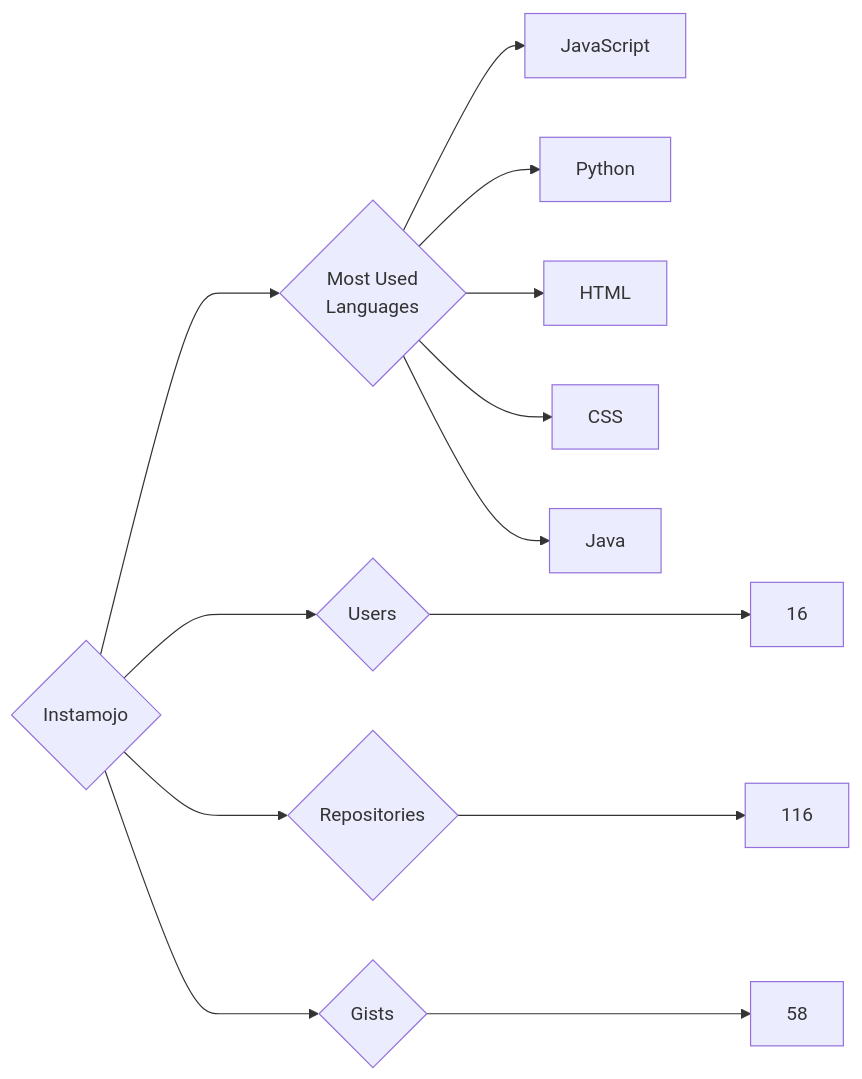
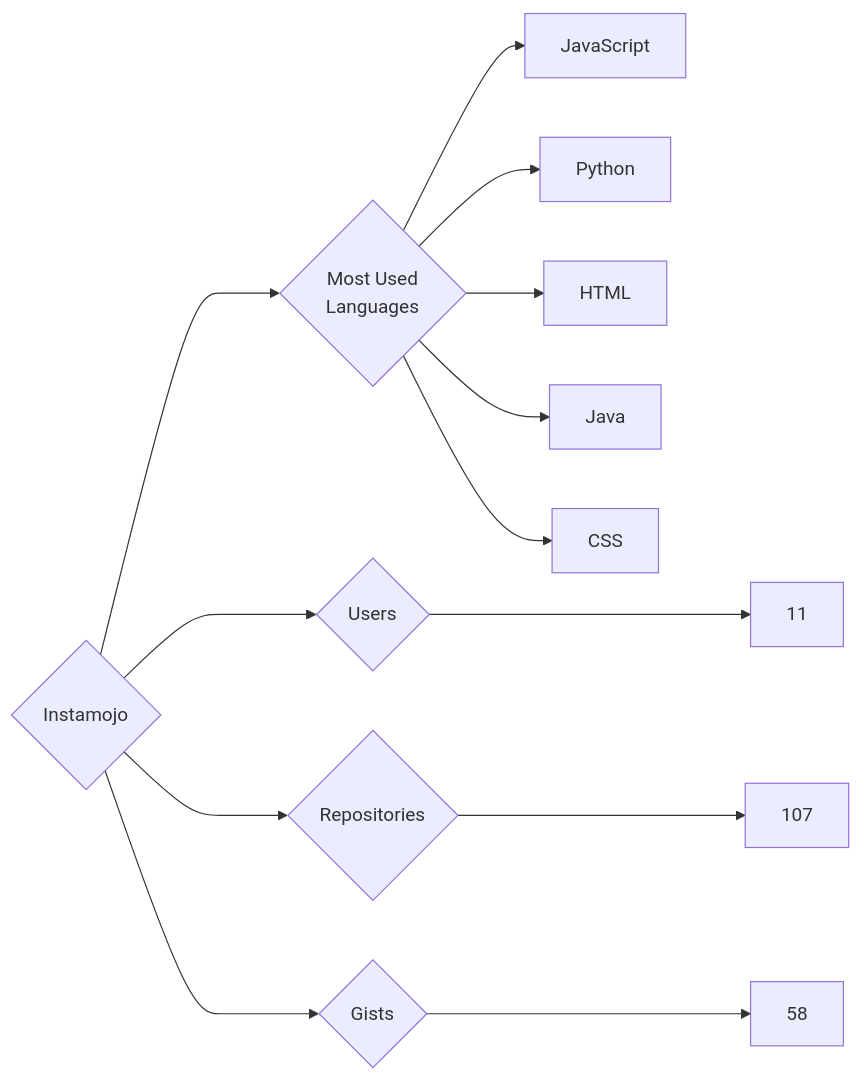
One commit to trickest/insiders changed the diagram in targets/Instamojo/README.md. Above: the diagram before and after it, drawn with Mermaid. The commit also changed 715 other files, not shown here.

````diff
--- a/targets/Instamojo/README.md
+++ b/targets/Instamojo/README.md
@@ -3,13 +3,13 @@
 ```mermaid
 graph LR
 COMPANY_NAME{Instamojo}
-COMPANY_NAME ---> U{Users} ---> UN[16]
-COMPANY_NAME ---> R{Repositories} ---> RN[116]
+COMPANY_NAME ---> U{Users} ---> UN[11]
+COMPANY_NAME ---> R{Repositories} ---> RN[107]
 COMPANY_NAME ---> G{Gists} ---> GN[58]
 COMPANY_NAME ---> ML{Most Used<br>Languages}
 ML --> JavaScript[JavaScript]
 ML --> Python[Python]
 ML --> HTML[HTML]
+ML --> Java[Java]
 ML --> CSS[CSS]
-ML --> Java[Java]
 ```
````
